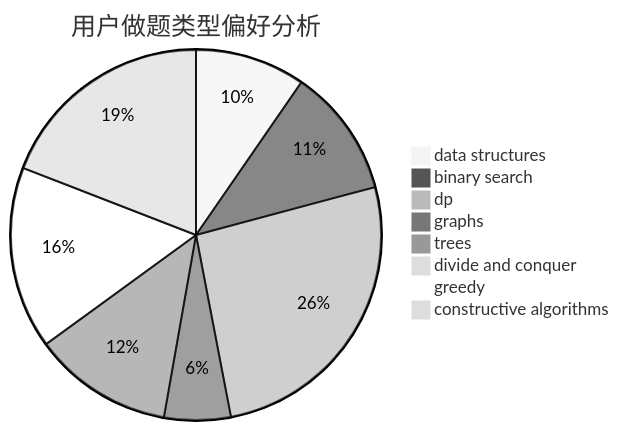
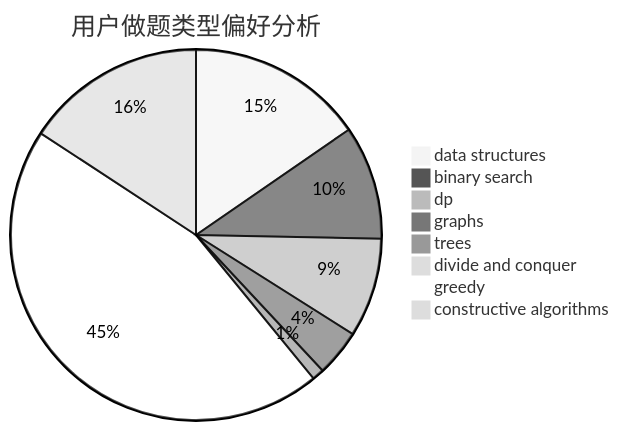
One commit to sherpahu/cfrs.github.io changed the second of 3 diagrams in docs/user/u1052.md. Above: the diagram before and after it, drawn with Mermaid (neutral theme). The commit also changed other lines of this file and 2770 other files, not shown here.

````diff
--- a/docs/user/u1052.md
+++ b/docs/user/u1052.md
@@ -23,11 +23,11 @@
 ```mermaid
 pie title 用户做题类型偏好分析
-    "data structures" :  78
-    "binary search" :  91
-    "dp" :  212
-    "graphs" :  47
-    "trees" :  99
-    "divide and conquer" :  6
-    "greedy" :  129
-    "constructive algorithms" :  155
+    "data structures" :  208
+    "binary search" :  134
+    "dp" :  117
+    "graphs" :  55
+    "trees" :  14
+    "divide and conquer" :  0
+    "greedy" :  610
+    "constructive algorithms" :  213
 ```
````
